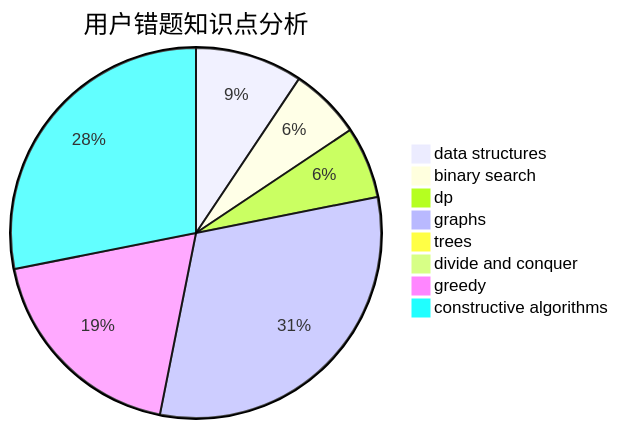
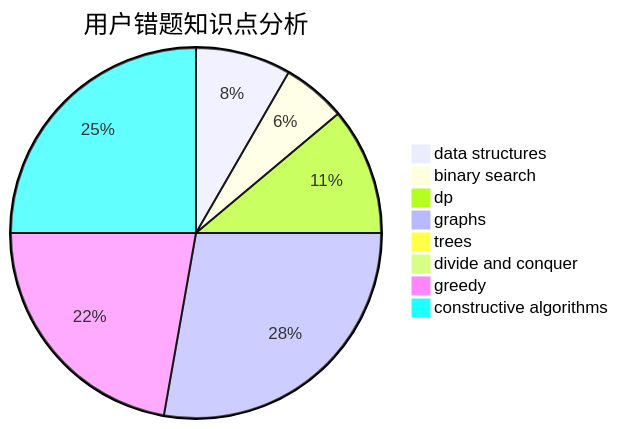
One commit to sherpahu/cfrs.github.io changed the third of 3 diagrams in docs/user/u1370.md. Above: the diagram before and after it, drawn with Mermaid. The commit also changed other lines of this file and 2770 other files, not shown here.

````diff
--- a/docs/user/u1370.md
+++ b/docs/user/u1370.md
@@ -36,11 +36,11 @@
 ```mermaid
 pie title 用户错题知识点分析
     "data structures" :  3
     "binary search" :  2
-    "dp" :  2
+    "dp" :  4
     "graphs" :  10
     "trees" :  0
     "divide and conquer" :  0
-    "greedy" :  6
+    "greedy" :  8
     "constructive algorithms" :  9
 ```
````
